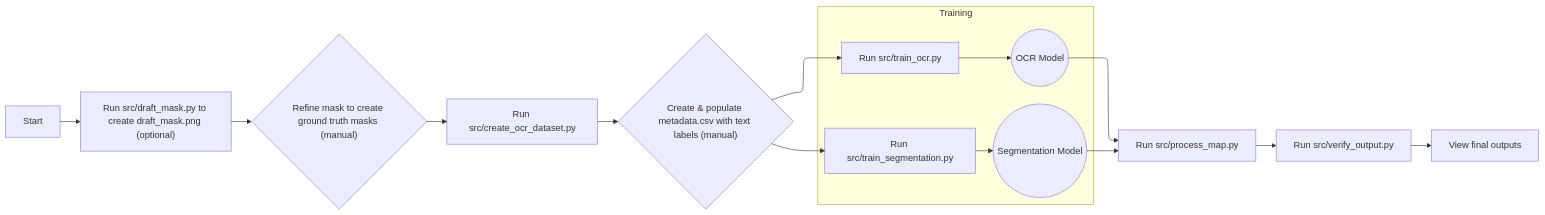
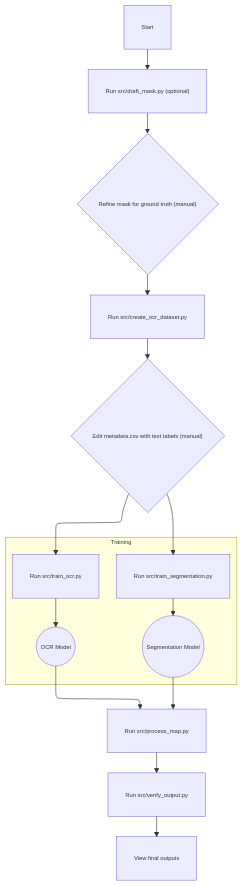
One commit to owhonda-moses/map-digitization changed the diagram in README.md. Above: the diagram before and after it, drawn with Mermaid.

````diff
--- a/README.md
+++ b/README.md
@@ -40,17 +40,18 @@
 ```mermaid
-%%{init: {"flowchart": {"defaultRenderer": "elk"}} }%%
-flowchart LR
-    A["Start"] --> B["Run src/draft_mask.py to create draft_mask.png (optional)"]
-    B --> C{"Refine mask to create ground truth masks (manual)"}
-    C --> D["Run src/create_ocr_dataset.py"]
-    D --> E{"Create & populate metadata.csv with text labels (manual)"}
-    E --> F["Run src/train_segmentation.py"]
-    E --> G["Run src/train_ocr.py"]
+%%{init: {"themeVariables": {"fontSize": "10px", "fontFamily": "Arial", "padding": 4}, "flowchart": {"defaultRenderer": "elk"}} }%%
+flowchart TD
+    classDef compactStyle font-size:10px,padding:4px;
+    A["Start"]:::compactStyle --> B["Run src/draft_mask.py (optional)"]:::compactStyle
+    B --> C{"Refine mask for ground truth (manual)"}:::compactStyle
+    C --> D["Run src/create_ocr_dataset.py"]:::compactStyle
+    D --> E{"Edit metadata.csv with text labels (manual)"}:::compactStyle
+    E --> F["Run src/train_segmentation.py"]:::compactStyle
+    E --> G["Run src/train_ocr.py"]:::compactStyle
     subgraph Training
-        F --> H((Segmentation Model))
-        G --> I((OCR Model))
+        F --> H((Segmentation Model)):::compactStyle
+        G --> I((OCR Model)):::compactStyle
     end
-    H & I --> J["Run src/process_map.py"]
-    J --> K["Run src/verify_output.py"]
-    K --> L["View final outputs"]
+    H & I --> J["Run src/process_map.py"]:::compactStyle
+    J --> K["Run src/verify_output.py"]:::compactStyle
+    K --> L["View final outputs"]:::compactStyle
 ```
````
